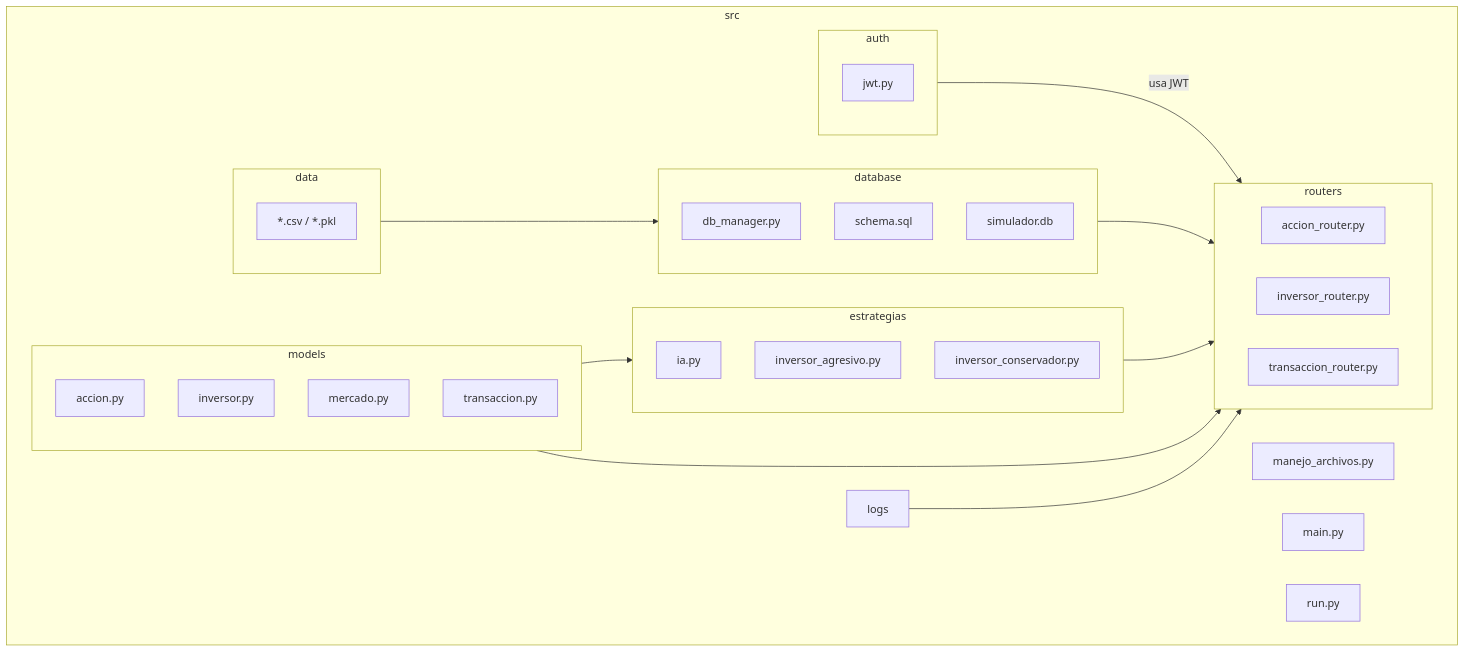
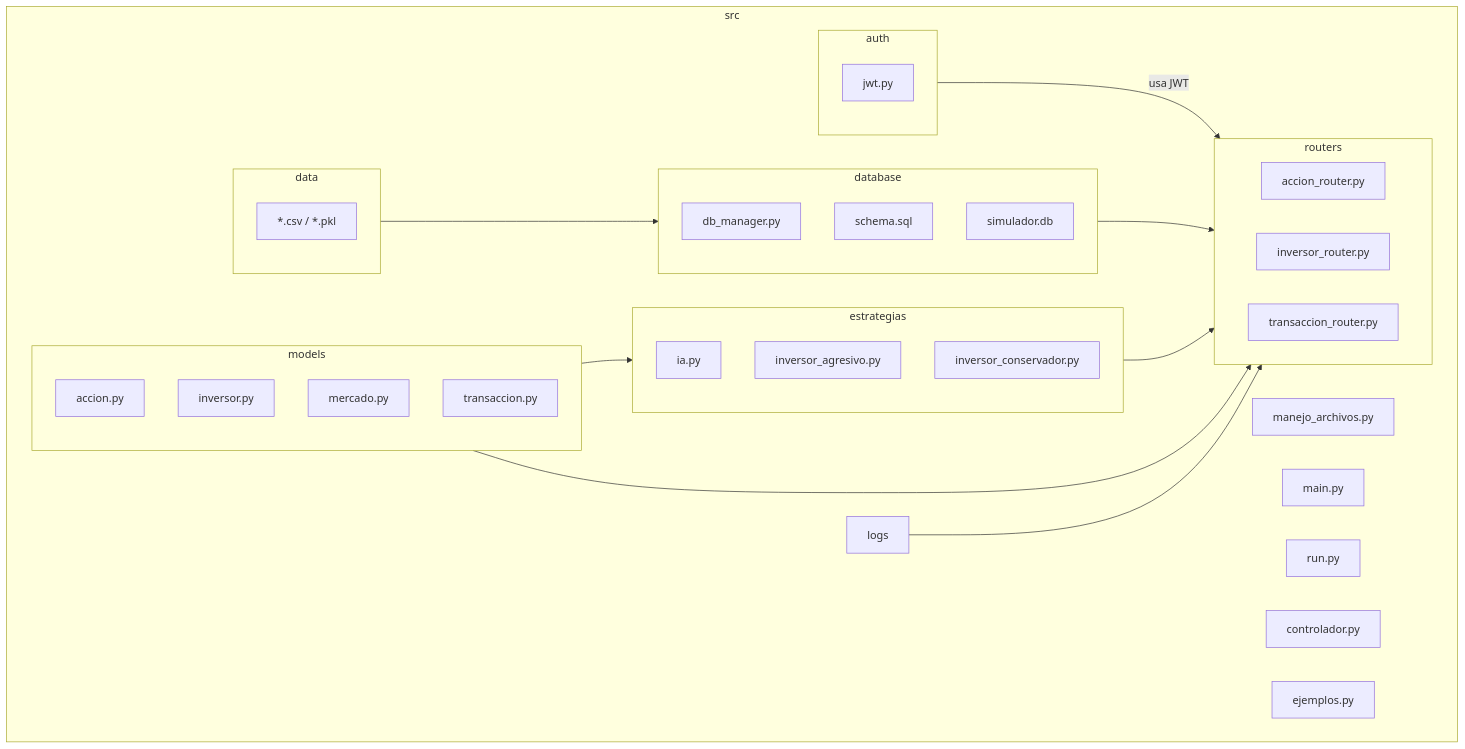
The diagram in README.md (NikolasKaplan1/prog2-25-C2), drawn with Mermaid before and after one commit.

Commit message:
faltaban archivos en el diagrama UML

````diff
--- a/README.md
+++ b/README.md
@@ -36,58 +36,61 @@
 ```mermaid
 graph TD
   subgraph src
     auth["auth"]
     data["data"]
     database["database"]
     estrategias["estrategias"]
     logs["logs"]
     models["models"]
     routers["routers"]
 
     manejo_archivos["manejo_archivos.py"]
     main["main.py"]
     run["run.py"]
+    controlador["controlador.py"]
+    ejemplos["ejemplos.py"]
   end
 
   auth -->|usa JWT| routers
   data --> database
   database --> routers
   estrategias --> routers
   models --> routers
   models --> estrategias
   logs --> routers
 
   subgraph auth
     jwt["jwt.py"]
   end
 
   subgraph data
     archivos_csv["*.csv / *.pkl"]
   end
 
   subgraph database
     dbmanager["db_manager.py"]
     schema["schema.sql"]
     db["simulador.db"]
   end
 
   subgraph estrategias
     ia["ia.py"]
     inv_agresivo["inversor_agresivo.py"]
     inv_conservador["inversor_conservador.py"]
   end
 
   subgraph models
     accion["accion.py"]
     inversor["inversor.py"]
     mercado["mercado.py"]
     transaccion["transaccion.py"]
+    models["models.py"]
   end
 
   subgraph routers
     acc_router["accion_router.py"]
     inv_router["inversor_router.py"]
     trans_router["transaccion_router.py"]
   end
 
 ```
````
